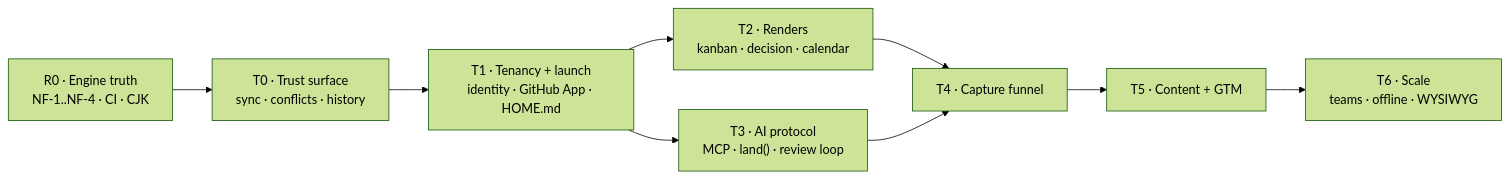
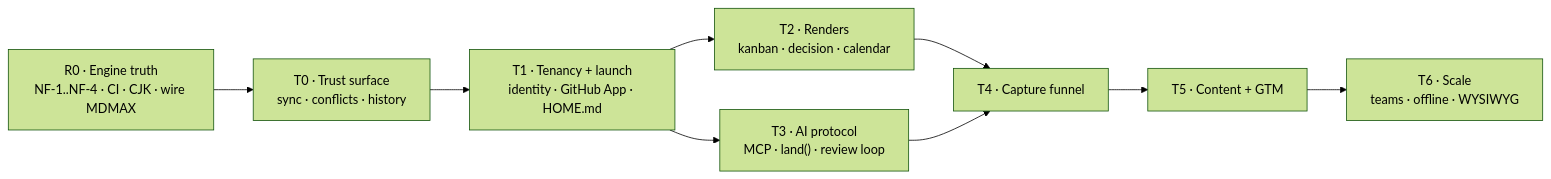
Before and after one commit to studiozephyrus/frontmatter: diagram 17 of 19 in docs/FRONTMATTER-PRD-2026-08-29.md, drawn with Mermaid (forest theme). The commit also changed other lines of this file and 18 other files, not shown here.

````diff
--- a/docs/FRONTMATTER-PRD-2026-08-29.md
+++ b/docs/FRONTMATTER-PRD-2026-08-29.md
@@ -952,11 +1168,11 @@
 ```mermaid
 flowchart LR
-  R0["R0 · Engine truth<br/>NF-1..NF-4 · CI · CJK"] --> T0["T0 · Trust surface<br/>sync · conflicts · history"]
+  R0["R0 · Engine truth<br/>NF-1..NF-4 · CI · CJK · wire MDMAX"] --> T0["T0 · Trust surface<br/>sync · conflicts · history"]
   T0 --> T1["T1 · Tenancy + launch<br/>identity · GitHub App · HOME.md"]
   T1 --> T2["T2 · Renders<br/>kanban · decision · calendar"]
   T1 --> T3["T3 · AI protocol<br/>MCP · land() · review loop"]
   T2 --> T4["T4 · Capture funnel"]
   T3 --> T4
   T4 --> T5["T5 · Content + GTM"]
   T5 --> T6["T6 · Scale<br/>teams · offline · WYSIWYG"]
 ```
````
